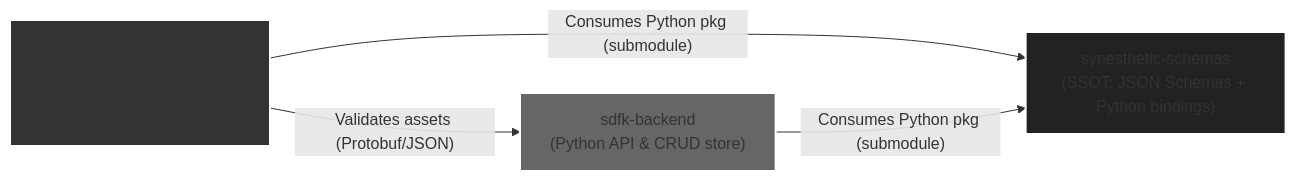
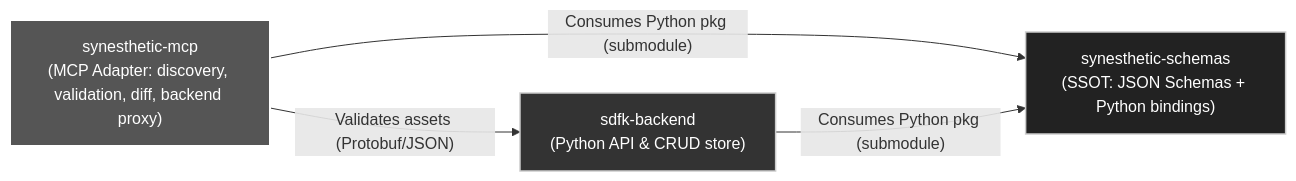
One commit to delk73/synesthetic-mcp changed the diagram in README.md. Above: the diagram before and after it, drawn with Mermaid.

````diff
--- a/README.md
+++ b/README.md
@@ -12,14 +12,15 @@
 ```mermaid
 flowchart LR
   MCP["synesthetic-mcp\n(MCP Adapter: discovery, validation, diff, backend proxy)"]
   BE["sdfk-backend\n(Python API & CRUD store)"]
   SSOT["synesthetic-schemas\n(SSOT: JSON Schemas + Python bindings)"]
 
   MCP --> |"Validates assets (Protobuf/JSON)"| BE
   MCP --> |"Consumes Python pkg (submodule)"| SSOT
   BE --> |"Consumes Python pkg (submodule)"| SSOT
 
-  style MCP fill:#333333,stroke:#ffffff,stroke-width:2px
-  style BE fill:#666666,stroke:#ffffff,stroke-width:2px
-  style SSOT fill:#222222,stroke:#ffffff,stroke-width:2px
+  %% Grayscale theme, MCP slightly lighter to highlight
+  style MCP fill:#555555,stroke:#ffffff,stroke-width:2px,color:#ffffff
+  style BE fill:#333333,stroke:#cccccc,stroke-width:1.5px,color:#ffffff
+  style SSOT fill:#222222,stroke:#cccccc,stroke-width:1.5px,color:#ffffff
 ```
````
